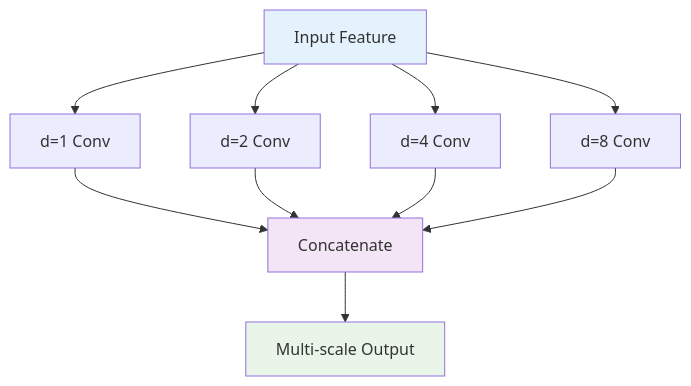
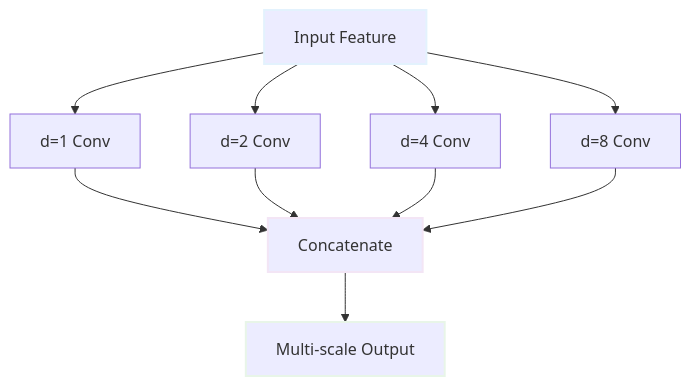
Before and after one commit to c0z0c/sprint_mission: the second of 3 diagrams in 스터디/IS_04_sampling_techniques.md, drawn with Mermaid. The commit also changed other lines of this file and 14 other files, not shown here.

````diff
--- a/스터디/IS_04_sampling_techniques.md
+++ b/스터디/IS_04_sampling_techniques.md
@@ -378,16 +378,16 @@
 ```mermaid
 graph TB
     A["Input Feature"] --> B["d=1 Conv"]
     A --> C["d=2 Conv"]  
     A --> D["d=4 Conv"]
     A --> E["d=8 Conv"]
     B --> F["Concatenate"]
     C --> F
     D --> F
     E --> F
     F --> G["Multi-scale Output"]
     
-    style A fill:#e3f2fd
-    style F fill:#f3e5f5
-    style G fill:#e8f5e8
+    style A stroke-width:2px,stroke:#e3f2fd
+    style F stroke-width:2px,stroke:#f3e5f5
+    style G stroke-width:2px,stroke:#e8f5e8
 ```
````
